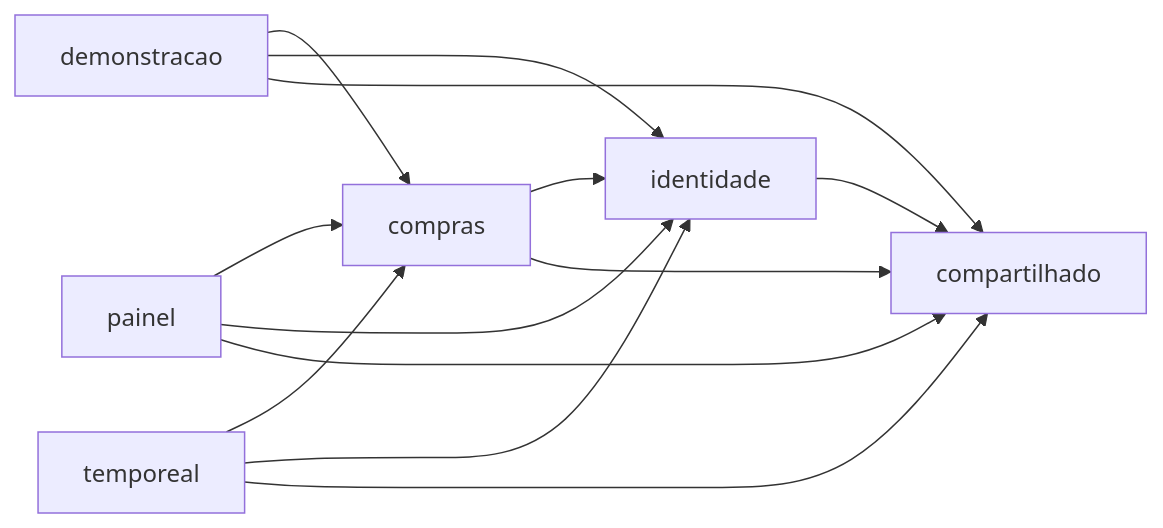
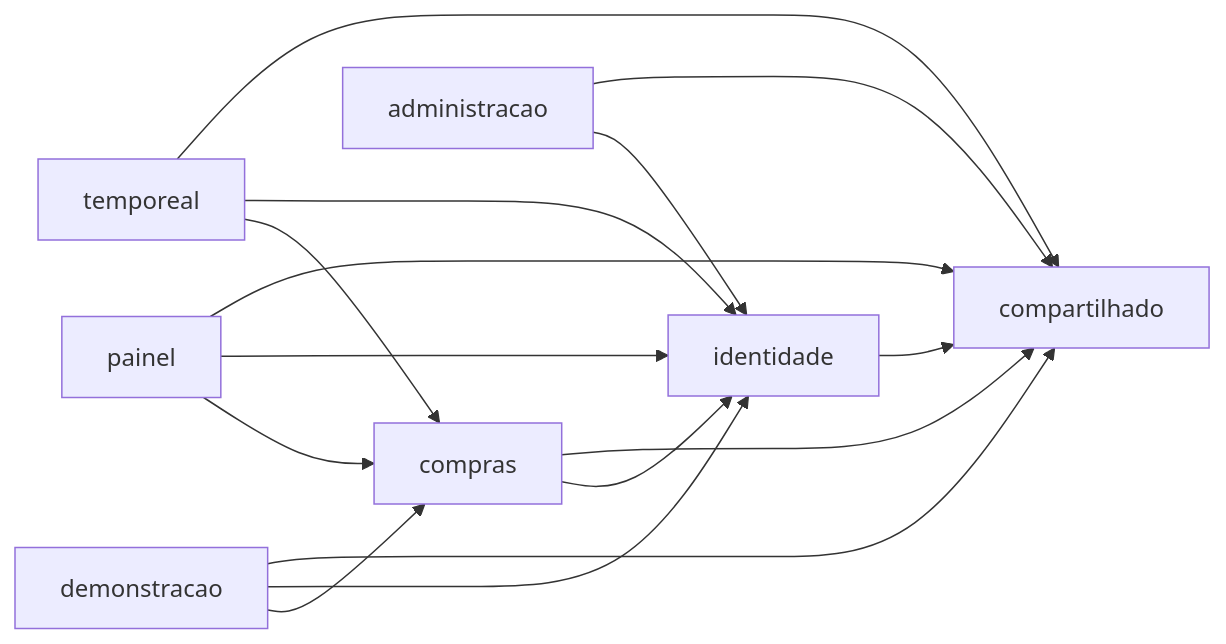
The fourth of 5 diagrams in README.md (marcusrdrigues/hackathon-coti-criare-2025), drawn with Mermaid before and after one commit. The commit also changed other lines of this file and 57 other files, not shown here.

````diff
--- a/README.md
+++ b/README.md
@@ -267,8 +275,9 @@
 ```mermaid
 flowchart LR
     demonstracao --> compras & identidade
     painel --> compras & identidade
+    administracao --> identidade
     temporeal --> compras & identidade
     compras --> identidade
-    identidade & compras & painel & temporeal & demonstracao --> compartilhado
+    identidade & compras & painel & administracao & temporeal & demonstracao --> compartilhado
 ```
````
